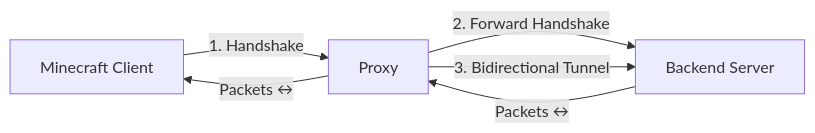
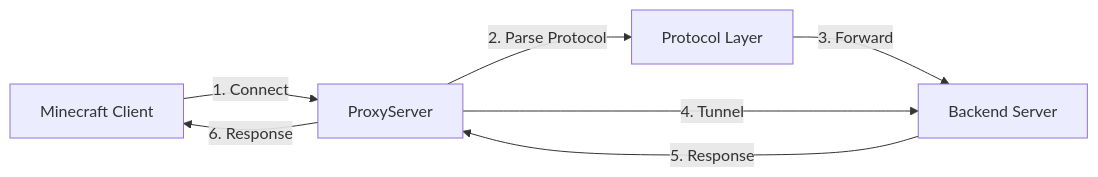
One commit to nglmercer/minecraft-proxy changed the second of 8 diagrams in docs/architecture.md. Above: the diagram before and after it, drawn with Mermaid. The commit also changed other lines of this file and 16 other files, not shown here.

````diff
--- a/docs/architecture.md
+++ b/docs/architecture.md
@@ -7,8 +26,9 @@
 ```mermaid
 graph LR
-    A["Minecraft Client"] -->|"1. Handshake"| B["Proxy"]
-    B -->|"2. Forward Handshake"| C["Backend Server"]
-    B -->|"3. Bidirectional Tunnel"| C
-    C -->|"Packets ↔"| B
-    B -->|"Packets ↔"| A
+    A[Minecraft Client] -->|"1. Connect"| B[ProxyServer]
+    B -->|"2. Parse Protocol"| C[Protocol Layer]
+    C -->|"3. Forward"| D[Backend Server]
+    B -->|"4. Tunnel"| D
+    D -->|"5. Response"| B
+    B -->|"6. Response"| A
 ```
````
